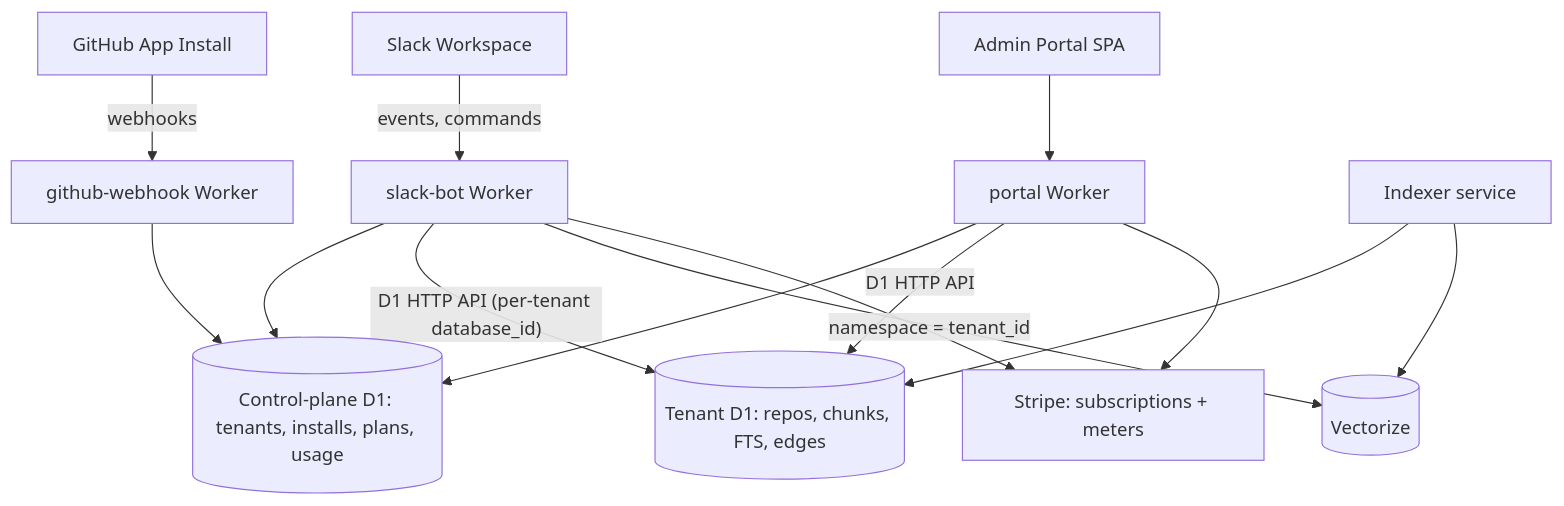
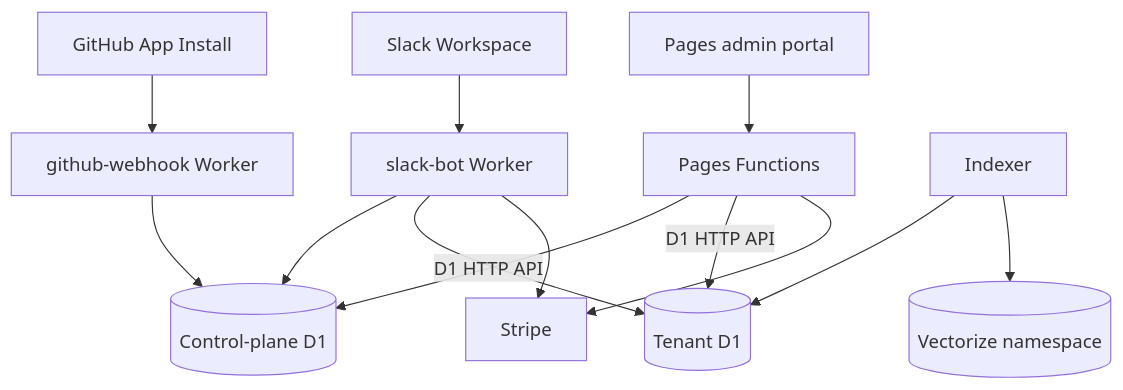
Before and after one commit to KnightMode/beacon: the second of 2 diagrams in docs/multi-tenant-saas.md, drawn with Mermaid. The commit also changed other lines of this file and 52 other files, not shown here.

````diff
--- a/docs/multi-tenant-saas.md
+++ b/docs/multi-tenant-saas.md
@@ -31,16 +106,15 @@
 ```mermaid
 flowchart TB
-  slack[Slack Workspace] -->|events, commands| botWorker[slack-bot Worker]
-  gh[GitHub App Install] -->|webhooks| ghWorker[github-webhook Worker]
-  portal[Admin Portal SPA] --> portalWorker[portal Worker]
-  botWorker --> controlDB[("Control-plane D1: tenants, installs, plans, usage")]
+  slack[Slack Workspace] --> botWorker[slack-bot Worker]
+  gh[GitHub App Install] --> ghWorker[github-webhook Worker]
+  portal[Pages admin portal] --> pagesFns[Pages Functions]
+  botWorker --> controlDB[("Control-plane D1")]
   ghWorker --> controlDB
-  portalWorker --> controlDB
-  botWorker -->|"D1 HTTP API (per-tenant database_id)"| tenantDB[("Tenant D1: repos, chunks, FTS, edges")]
-  portalWorker -->|"D1 HTTP API"| tenantDB
-  botWorker -->|"namespace = tenant_id"| vec[(Vectorize)]
-  indexer[Indexer service] --> tenantDB
-  indexer --> vec
-  botWorker --> stripe[Stripe: subscriptions + meters]
-  portalWorker --> stripe
+  pagesFns --> controlDB
+  botWorker -->|"D1 HTTP API"| tenantDB[("Tenant D1")]
+  pagesFns -->|"D1 HTTP API"| tenantDB
+  indexer[Indexer] --> tenantDB
+  indexer --> vec[(Vectorize namespace)]
+  botWorker --> stripe[Stripe]
+  pagesFns --> stripe
 ```
````
